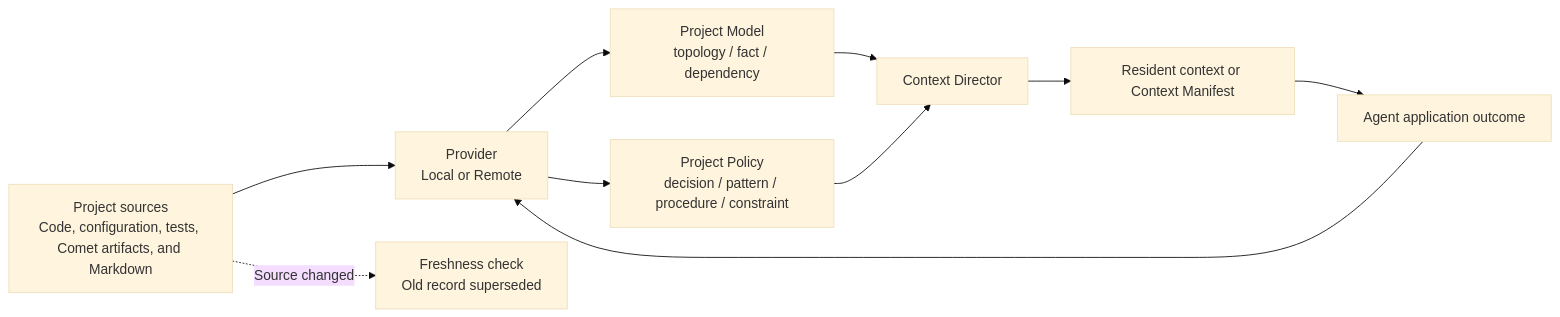
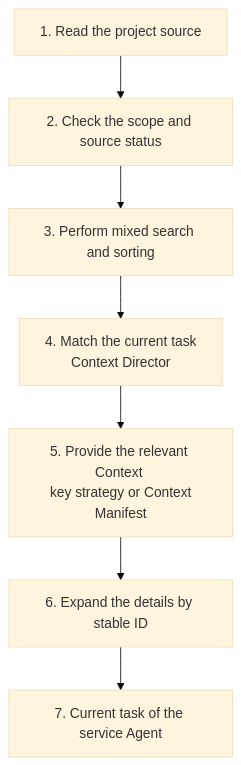
The diagram in en/plugins/project-rules.mdx (rpamis/comet-website-docs), drawn with Mermaid (base theme) before and after one commit. The commit also changed other lines of this file and 158 other files, not shown here.

````diff
--- a/en/plugins/project-rules.mdx
+++ b/en/plugins/project-rules.mdx
@@ -48,12 +164,9 @@
 ```mermaid
-flowchart LR
-  S["Project sources\nCode, configuration, tests, Comet artifacts, and Markdown"] --> I["Provider\nLocal or Remote"]
-  I --> M["Project Model\ntopology / fact / dependency"]
-  I --> P["Project Policy\ndecision / pattern / procedure / constraint"]
-  M --> D["Context Director"]
-  P --> D
-  D --> C["Resident context or Context Manifest"]
-  C --> A["Agent application outcome"]
-  A --> I
-  S -."Source changed".-> F["Freshness check\nOld record superseded"]
+flowchart TD
+  S["1. Read the project source"] --> F["2. Check the scope and source status"]
+  F --> R["3. Perform mixed search and sorting"]
+  R --> C["4. Match the current task <br/>Context Director"]
+  C --> K["5. Provide the relevant Context <br/> key strategy or Context Manifest"]
+  K --> E["6. Expand the details by stable ID"]
+  E --> A["7. Current task of the service Agent"]
 ```
````
